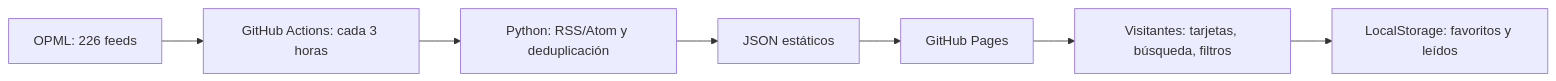
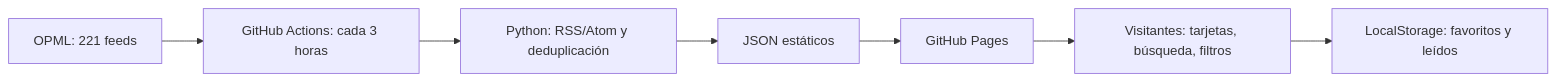
The diagram in README.md (medinacaj/notisonda), drawn with Mermaid before and after one commit. The commit also changed other lines of this file and 17 other files, not shown here.

````diff
--- a/README.md
+++ b/README.md
@@ -9,9 +9,9 @@
 ```mermaid
 flowchart LR
-  A[OPML: 226 feeds] --> B[GitHub Actions: cada 3 horas]
+  A[OPML: 221 feeds] --> B[GitHub Actions: cada 3 horas]
   B --> C[Python: RSS/Atom y deduplicación]
   C --> D[JSON estáticos]
   D --> E[GitHub Pages]
   E --> F[Visitantes: tarjetas, búsqueda, filtros]
   F --> G[LocalStorage: favoritos y leídos]
 ```
````
